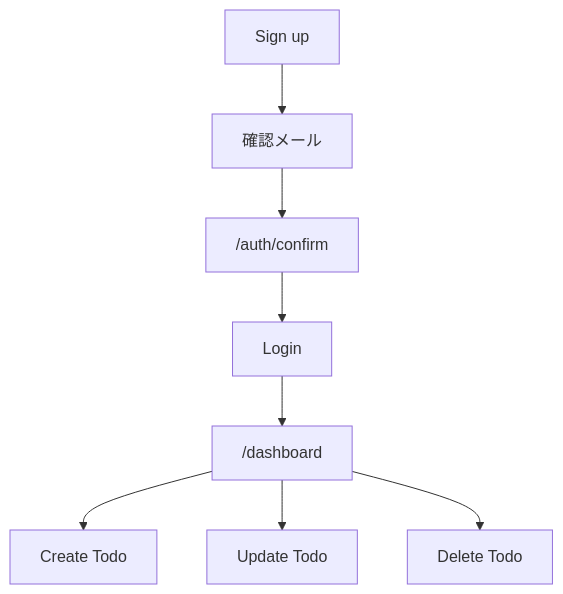
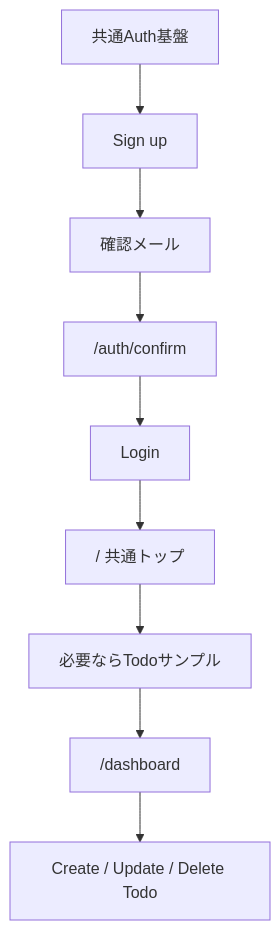
Before and after one commit to k-systems202208/nextjs-supabase-vercel-webapp-template: the first of 4 diagrams in docs/AUTH-CRUD.md, drawn with Mermaid. The commit also changed other lines of this file and 15 other files, not shown here.

````diff
--- a/docs/AUTH-CRUD.md
+++ b/docs/AUTH-CRUD.md
@@ -19,10 +30,11 @@
 ```mermaid
 flowchart TD
-    A["Sign up"] --> B["確認メール"]
-    B --> C["/auth/confirm"]
-    C --> D["Login"]
-    D --> E["/dashboard"]
-    E --> F["Create Todo"]
-    E --> G["Update Todo"]
-    E --> H["Delete Todo"]
+    C["共通Auth基盤"] --> A["Sign up"]
+    A --> B["確認メール"]
+    B --> D["/auth/confirm"]
+    D --> E["Login"]
+    E --> H["/ 共通トップ"]
+    H --> S["必要ならTodoサンプル"]
+    S --> F["/dashboard"]
+    F --> G["Create / Update / Delete Todo"]
 ```
````
